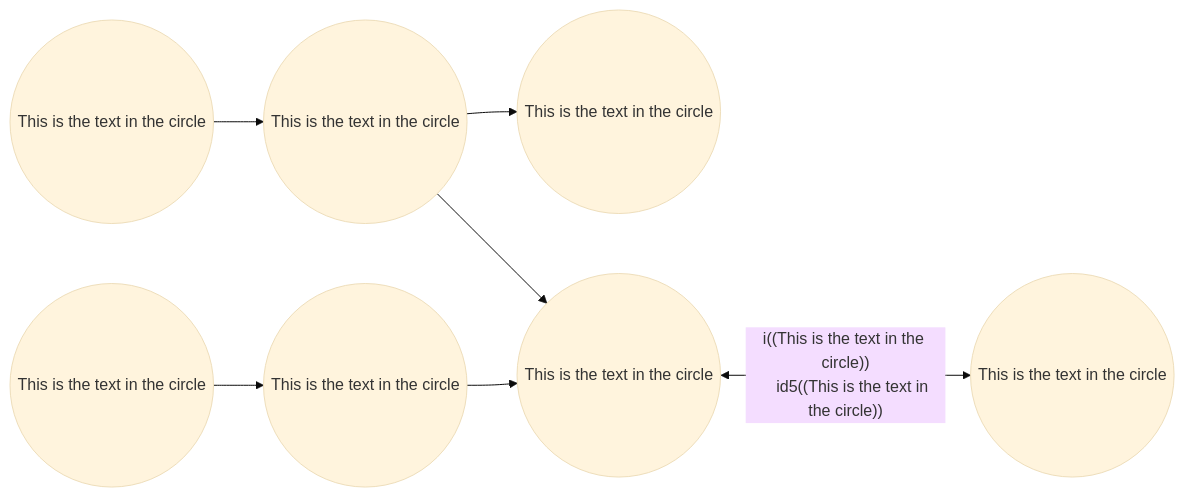
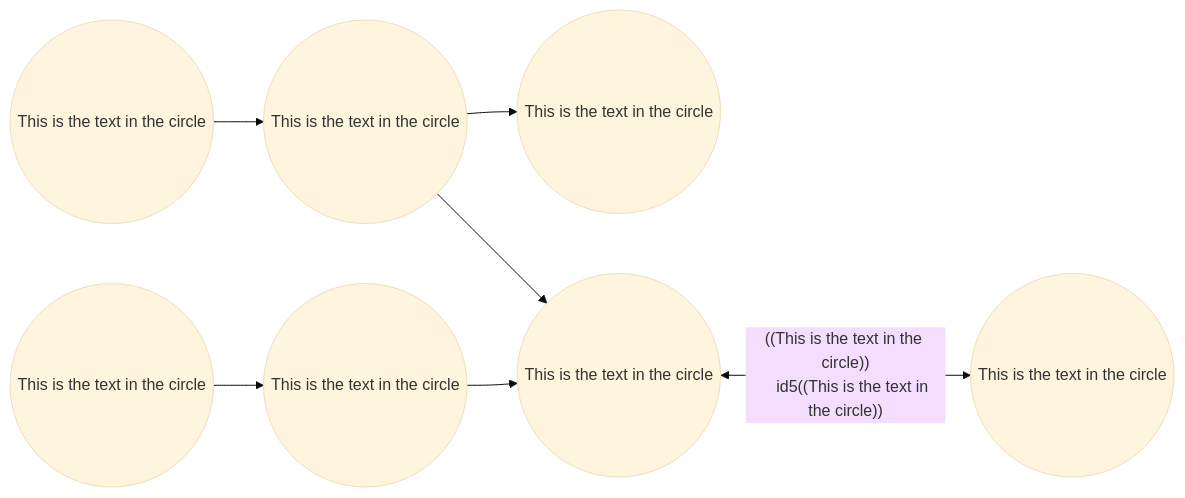
One commit to gerbssusd/dok changed the second of 2 diagrams in slides.md. Above: the diagram before and after it, drawn with Mermaid (base theme).

````diff
--- a/slides.md
+++ b/slides.md
@@ -499,14 +499,14 @@
 ```mermaid {scale: .60}
 
 flowchart LR
     id1((This is the text in the circle)) -->
     id2((This is the text in the circle)) -->
     id3((This is the text in the circle))
        id3.1((This is the text in the circle))-->
        id3.2((This is the text in the circle))-->id4
-   id2 --> id4((This is the text in the circle)) <-- i((This is the text in the circle))
+   id2 --> id4((This is the text in the circle)) <-- ((This is the text in the circle))
     id5((This is the text in the circle)) -->
    
     id7((This is the text in the circle))
 
 ```
````
